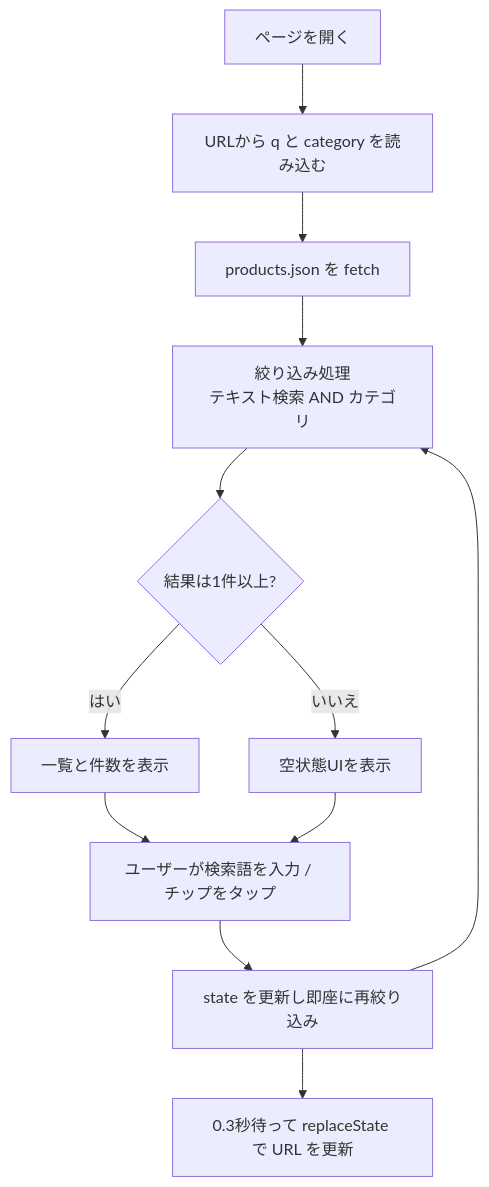
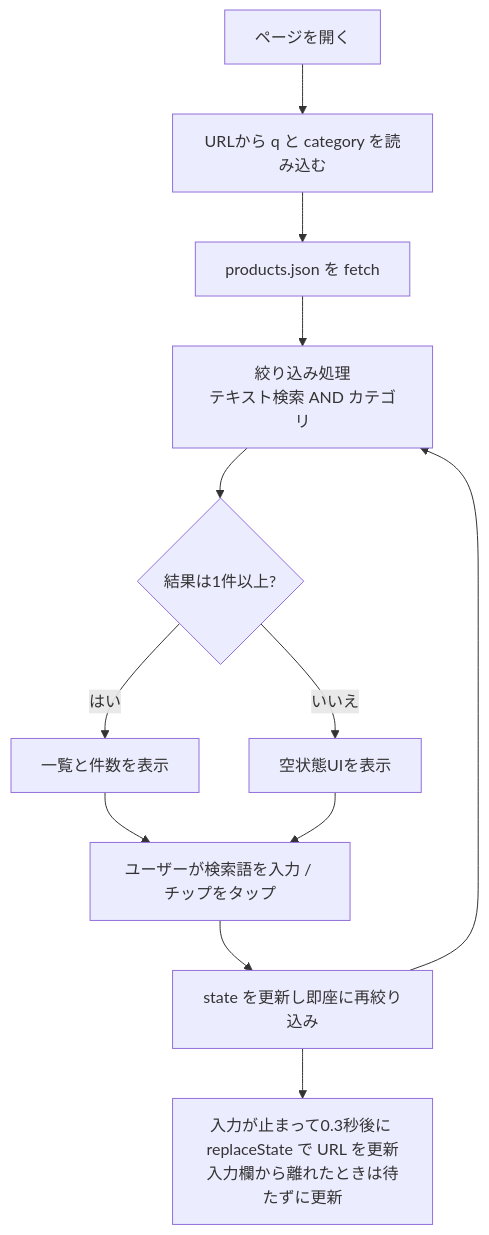
One commit to kasiyuha9528/search-filter changed the diagram in README.md. Above: the diagram before and after it, drawn with Mermaid. The commit also changed other lines of this file and 4 other files, not shown here.

````diff
--- a/README.md
+++ b/README.md
@@ -78,14 +78,14 @@
 ```mermaid
 flowchart TD
     A[ページを開く] --> B[URLから q と category を読み込む]
     B --> C[products.json を fetch]
     C --> D[絞り込み処理<br/>テキスト検索 AND カテゴリ]
     D --> E{結果は1件以上?}
     E -- はい --> F[一覧と件数を表示]
     E -- いいえ --> G[空状態UIを表示]
     F --> H[ユーザーが検索語を入力 / チップをタップ]
     G --> H
     H --> I[state を更新し即座に再絞り込み]
-    I --> J[0.3秒待って replaceState で URL を更新]
+    I --> J[入力が止まって0.3秒後に replaceState で URL を更新<br/>入力欄から離れたときは待たずに更新]
     I --> D
 ```
````
